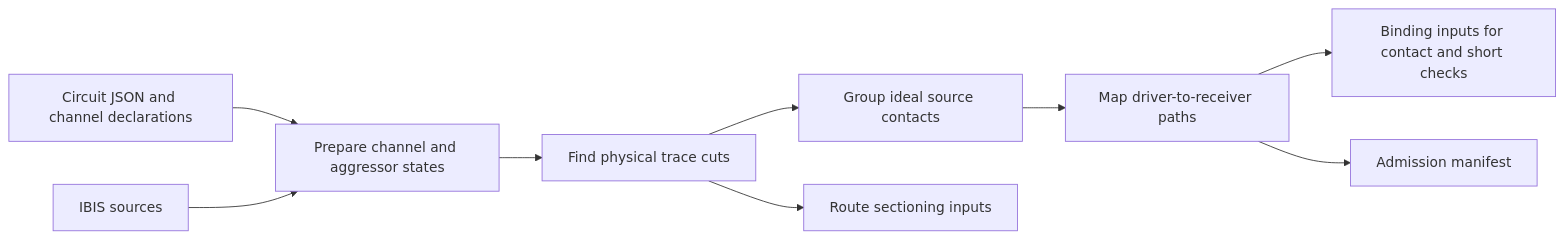
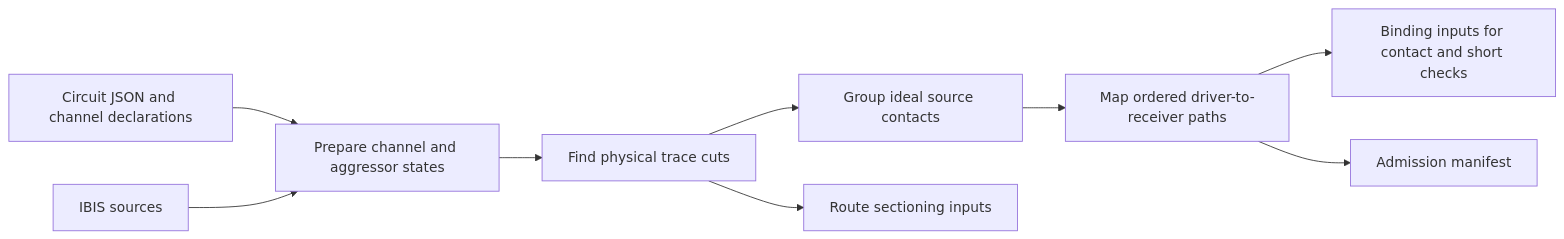
One commit to draarivpatel-ui/signal-integrity-pipeline changed the first of 2 diagrams in docs/ARCHITECTURE.md. Above: the diagram before and after it, drawn with Mermaid. The commit also changed other lines of this file and 36 other files, not shown here.

````diff
--- a/docs/ARCHITECTURE.md
+++ b/docs/ARCHITECTURE.md
@@ -11,11 +13,11 @@
 ```mermaid
 flowchart LR
   board["Circuit JSON and channel declarations"] --> prepare["Prepare channel and aggressor states"]
   ibis["IBIS sources"] --> prepare
   prepare --> cuts["Find physical trace cuts"]
   cuts --> groups["Group ideal source contacts"]
-  groups --> paths["Map driver-to-receiver paths"]
+  groups --> paths["Map ordered driver-to-receiver paths"]
   cuts --> sections["Route sectioning inputs"]
   paths --> bindings["Binding inputs for contact and short checks"]
   paths --> manifest["Admission manifest"]
 ```
````
